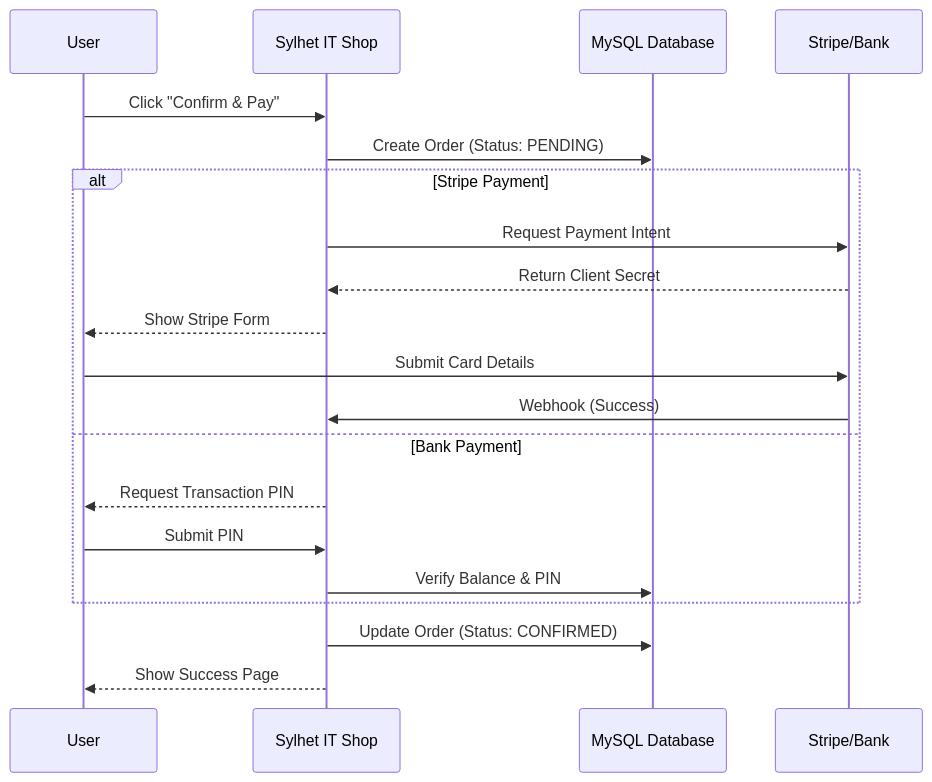
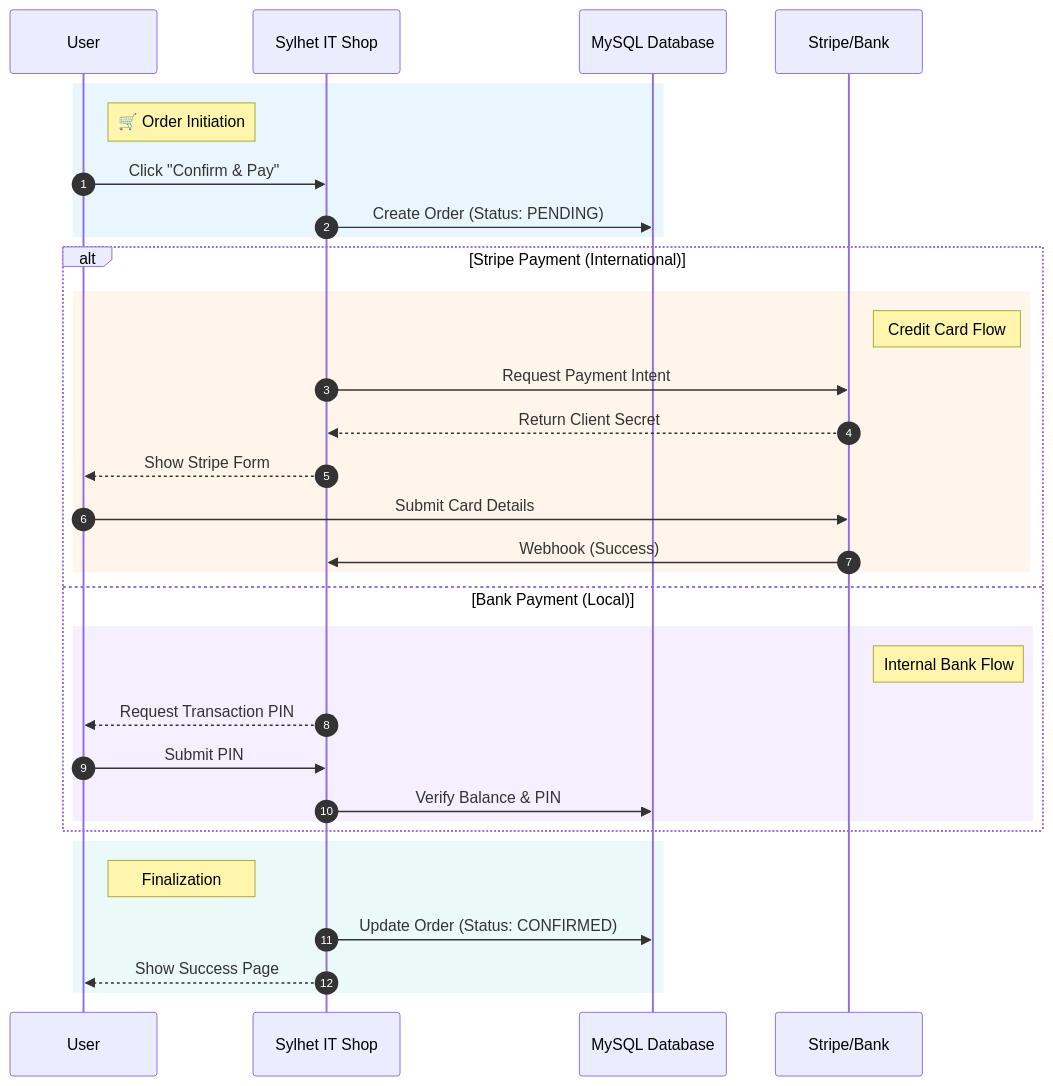
One commit to Sazim2019331087/Sylhet_IT_Shop changed the third of 3 diagrams in README.md. Above: the diagram before and after it, drawn with Mermaid. The commit also changed other lines of this file, not shown here.

````diff
--- a/README.md
+++ b/README.md
@@ -125,25 +174,45 @@
 ```mermaid
 sequenceDiagram
+    autonumber
+    
+    %% Define Participants
     participant User
     participant WebApp as Sylhet IT Shop
     participant DB as MySQL Database
     participant Gateway as Stripe/Bank
 
-    User->>WebApp: Click "Confirm & Pay"
-    WebApp->>DB: Create Order (Status: PENDING)
-    
-    alt Stripe Payment
-        WebApp->>Gateway: Request Payment Intent
-        Gateway-->>WebApp: Return Client Secret
-        WebApp-->>User: Show Stripe Form
-        User->>Gateway: Submit Card Details
-        Gateway->>WebApp: Webhook (Success)
-    else Bank Payment
-        WebApp-->>User: Request Transaction PIN
-        User->>WebApp: Submit PIN
-        WebApp->>DB: Verify Balance & PIN
+    %% Phase 1: Initiation (Blue Tint)
+    rect rgba(54, 162, 235, 0.1)
+        note right of User: 🛒 Order Initiation
+        User->>WebApp: Click "Confirm & Pay"
+        WebApp->>DB: Create Order (Status: PENDING)
     end
     
-    WebApp->>DB: Update Order (Status: CONFIRMED)
-    WebApp-->>User: Show Success Page
+    %% Phase 2: Payment Processing (Choice)
+    alt Stripe Payment (International)
+        %% Orange Tint for Stripe
+        rect rgba(255, 159, 64, 0.1)
+            note right of Gateway:  Credit Card Flow
+            WebApp->>Gateway: Request Payment Intent
+            Gateway-->>WebApp: Return Client Secret
+            WebApp-->>User: Show Stripe Form
+            User->>Gateway: Submit Card Details
+            Gateway->>WebApp: Webhook (Success)
+        end
+    else Bank Payment (Local)
+        %% Purple Tint for Bank
+        rect rgba(153, 102, 255, 0.1)
+            note right of Gateway:  Internal Bank Flow
+            WebApp-->>User: Request Transaction PIN
+            User->>WebApp: Submit PIN
+            WebApp->>DB: Verify Balance & PIN
+        end
+    end
+    
+    %% Phase 3: Completion (Green Tint)
+    rect rgba(75, 192, 192, 0.1)
+        note right of User:  Finalization
+        WebApp->>DB: Update Order (Status: CONFIRMED)
+        WebApp-->>User: Show Success Page
+    end
 ```
````
